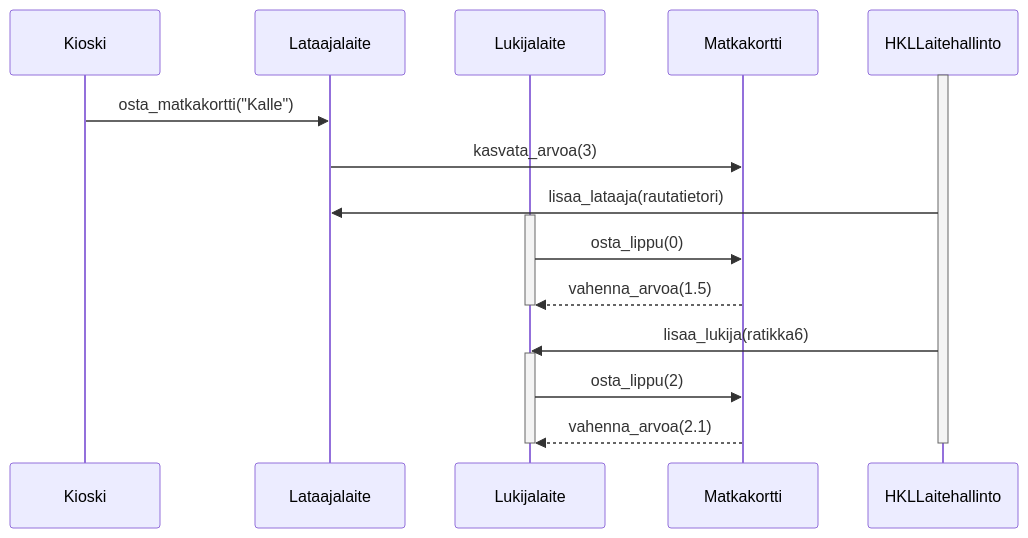
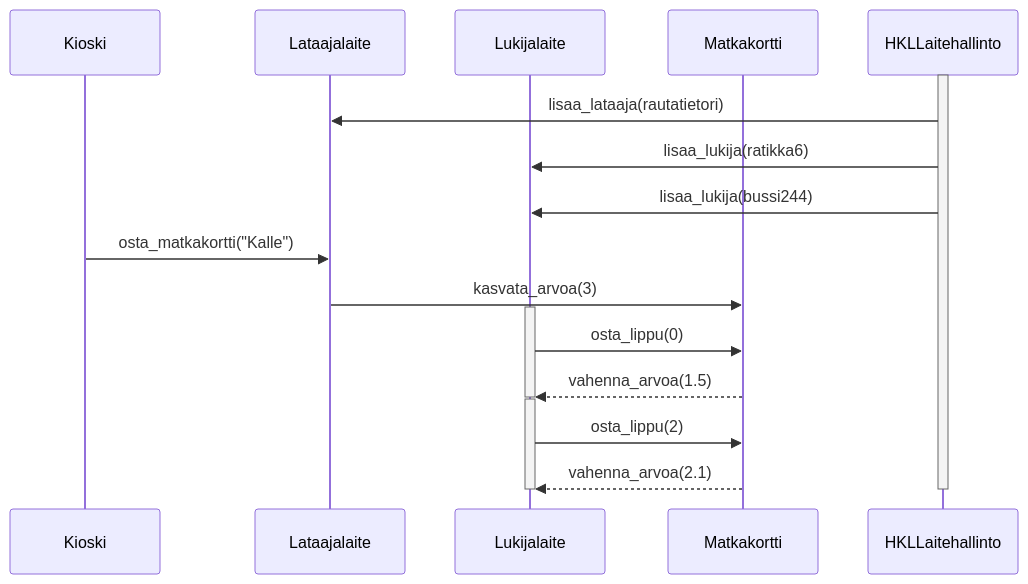
Before and after one commit to hcaatu/ot-harjoitustyo: the diagram in laskarit/viikko3/hsl_sekvenssikaavio.md, drawn with Mermaid.

Commit message:
sekvenssikaavio

````diff
--- a/laskarit/viikko3/hsl_sekvenssikaavio.md
+++ b/laskarit/viikko3/hsl_sekvenssikaavio.md
@@ -4,29 +4,29 @@
 ```mermaid
 sequenceDiagram
     participant Kioski
     participant Lataajalaite
     participant Lukijalaite
     participant Matkakortti
     participant HKLLaitehallinto
 
     activate HKLLaitehallinto
 
+    HKLLaitehallinto ->> Lataajalaite: lisaa_lataaja(rautatietori)
+    HKLLaitehallinto ->> Lukijalaite: lisaa_lukija(ratikka6)
+    HKLLaitehallinto ->> Lukijalaite: lisaa_lukija(bussi244)
+
     Kioski ->> Lataajalaite: osta_matkakortti("Kalle")
     Lataajalaite ->> Matkakortti: kasvata_arvoa(3)
-
-    HKLLaitehallinto ->> Lataajalaite: lisaa_lataaja(rautatietori)
 
     activate Lukijalaite
     Lukijalaite ->> Matkakortti: osta_lippu(0)
     Matkakortti -->> Lukijalaite: vahenna_arvoa(1.5)
     deactivate Lukijalaite
-
-    HKLLaitehallinto ->> Lukijalaite: lisaa_lukija(ratikka6)
 
     activate Lukijalaite
     Lukijalaite ->> Matkakortti: osta_lippu(2)
     Matkakortti -->> Lukijalaite: vahenna_arvoa(2.1)
     deactivate Lukijalaite
 
     deactivate HKLLaitehallinto
 ```
````
